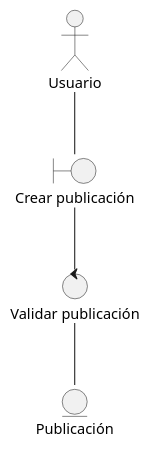
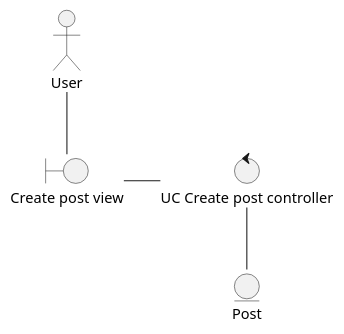
One commit to Dayannis-07/ING_SOFT changed the diagram in docs/scenariosView/analysisClassDiagram/useCase-CrearEvento.puml. Above: the diagram before and after it, drawn with PlantUML. The commit also changed 24 other files, not shown here.

Commit message:
corrections collaboration & analysisClassDiagram

```diff
--- a/docs/scenariosView/analysisClassDiagram/useCase-CrearEvento.puml
+++ b/docs/scenariosView/analysisClassDiagram/useCase-CrearEvento.puml
@@ -1,9 +1,9 @@
 @startuml crear evento
-actor Usuario
-boundary "Crear publicación" as c
-Usuario--c 
-control "Validar publicación" as g
-c--g 
-entity "Publicación" as p
-g--p
+actor User
+boundary "Create post view" as view
+User--view
+control "UC Create post controller" as controller
+view-r-controller
+entity "Post" as entity
+controller--entity
 @enduml
```
